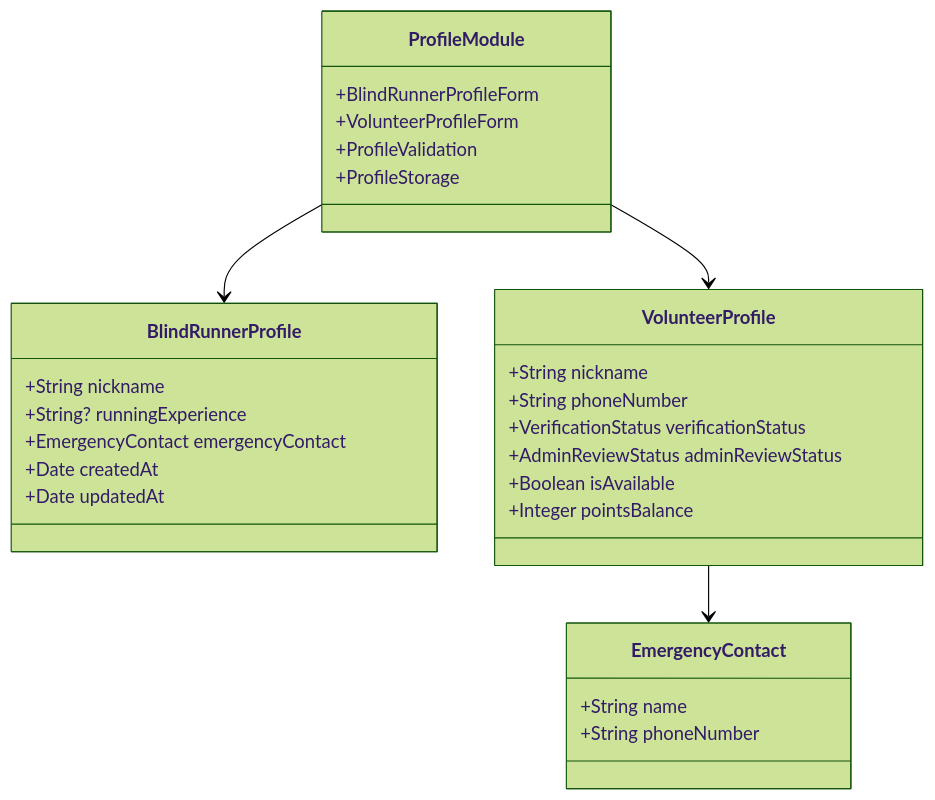
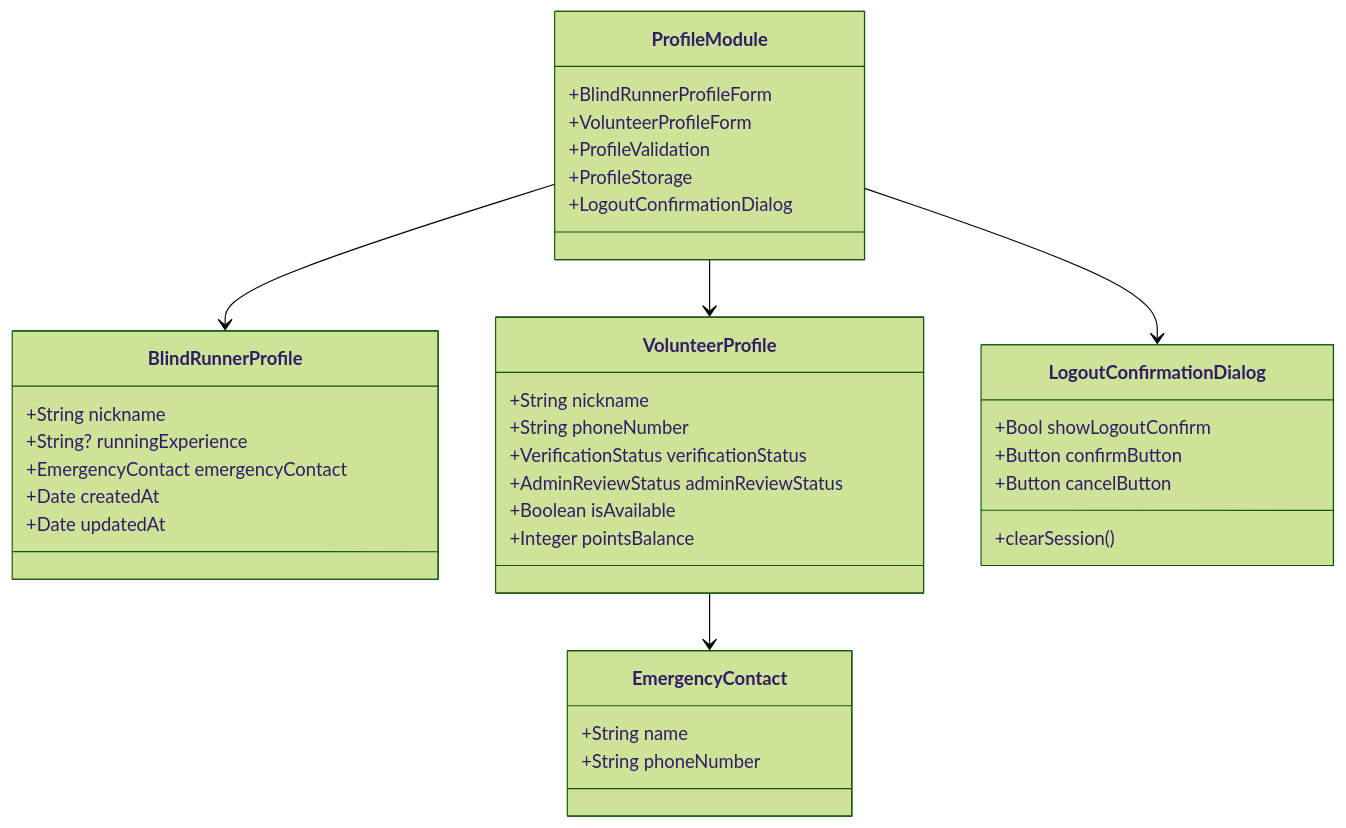
The second of 13 diagrams in .qoder/repowiki/zh/content/架构设计/模块化架构设计/Profile 个人资料模块.md (Jayden23018/blind-run-ios), drawn with Mermaid (forest theme) before and after one commit. The commit also changed other lines of this file and 9 other files, not shown here.

````diff
--- a/.qoder/repowiki/zh/content/架构设计/模块化架构设计/Profile 个人资料模块.md
+++ b/.qoder/repowiki/zh/content/架构设计/模块化架构设计/Profile 个人资料模块.md
@@ -75,31 +87,39 @@
 ```mermaid
 classDiagram
 class ProfileModule {
 +BlindRunnerProfileForm
 +VolunteerProfileForm
 +ProfileValidation
 +ProfileStorage
++LogoutConfirmationDialog
 }
 class BlindRunnerProfile {
 +String nickname
 +String? runningExperience
 +EmergencyContact emergencyContact
 +Date createdAt
 +Date updatedAt
 }
 class VolunteerProfile {
 +String nickname
 +String phoneNumber
 +VerificationStatus verificationStatus
 +AdminReviewStatus adminReviewStatus
 +Boolean isAvailable
 +Integer pointsBalance
 }
 class EmergencyContact {
 +String name
 +String phoneNumber
 }
+class LogoutConfirmationDialog {
++Bool showLogoutConfirm
++Button confirmButton
++Button cancelButton
++clearSession()
+}
 ProfileModule --> BlindRunnerProfile
 ProfileModule --> VolunteerProfile
+ProfileModule --> LogoutConfirmationDialog
 VolunteerProfile --> EmergencyContact
 ```
````
